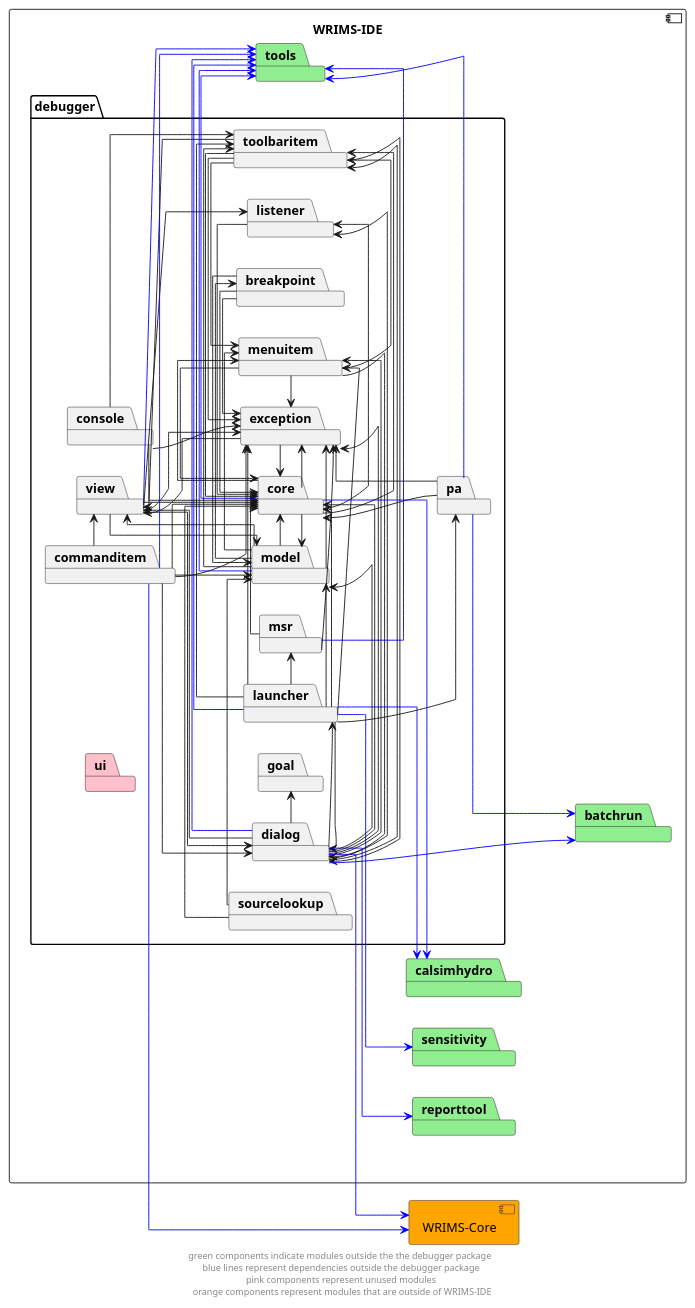
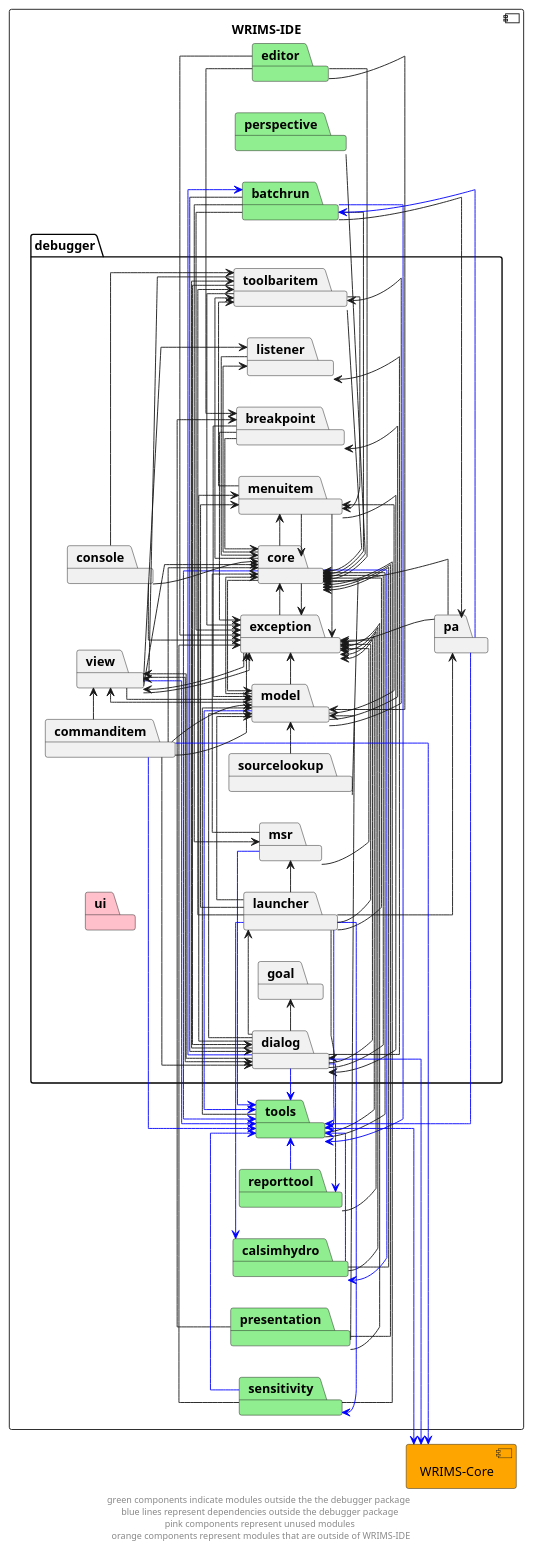
The diagram in docs/diagrams/wrims-ide/wrims-ide-debugger-interdeps.puml (CentralValleyModeling/wrims), drawn with PlantUML before and after one commit. The commit also changed 6 other files, not shown here.

Commit message:
Added diagrams for WRIMS-Core submodules, updated WRIMS-IDE diagram

```diff
--- a/docs/diagrams/wrims-ide/wrims-ide-debugger-interdeps.puml
+++ b/docs/diagrams/wrims-ide/wrims-ide-debugger-interdeps.puml
@@ -1,127 +1,165 @@
 @startuml
 left to right direction
 skinparam linetype ortho
 
 component WRIMS-IDE {
     package debugger {
         package breakpoint
         package commanditem
         package console
         package core
         package dialog
         package exception
         package goal
         package launcher
         package listener
         package menuitem
         package model
         package msr
         package pa
         package sourcelookup
         package toolbaritem
         package ui #pink
         package view
     }
     package tools #lightgreen
     package batchrun #lightgreen
     package sensitivity #lightgreen
     package calsimhydro #lightgreen
     package reporttool #lightgreen
+    package editor #lightgreen
+    package perspective #lightgreen
+    package presentation #lightgreen
 }
 component WRIMS_Core as "WRIMS-Core" #orange
 
 view -down-> tools #blue
 view -down-> core
 view -> dialog
 view -> exception
 view -> listener
 view -u-> model
+
+editor -> core
+editor -> exception
+editor -> model
+editor -> breakpoint
+
+perspective -> core
+
+batchrun -> core
+batchrun -> tools #blue
+batchrun -> exception
+batchrun -> dialog
+batchrun -> msr
+batchrun -> pa
+
+presentation -> model
+presentation -> core
+presentation -> exception
+presentation -> breakpoint
+
+reporttool -> exception
+reporttool -> tools #blue
+
+sensitivity -> exception
+sensitivity -> tools #blue
+sensitivity -> core
+
+tools -> core
+tools -> exception
+tools -> model
+tools -> WRIMS_Core #blue
+
+calsimhydro -> core
+calsimhydro -> exception
+calsimhydro -> tools #blue
 
 toolbaritem -> exception
 toolbaritem -u-> view
 toolbaritem -> core
 toolbaritem -> dialog
 toolbaritem -> menuitem
 
 sourcelookup -> model
 sourcelookup -> core
 
 pa -down-> tools #blue
 pa -down-> batchrun #blue
 pa -u-> core
 pa -> exception
 
 msr -> tools #blue
 msr -> core
 msr -> exception
 
 model -l-> tools #blue
 model -r-> core
 model -> view
 model -> breakpoint
 model -> exception
 model -> menuitem
 model -> toolbaritem
 
 menuitem -> dialog
 menuitem -> core
 menuitem -> exception
 menuitem -> toolbaritem
 
 listener -> core
 
 launcher -down-> sensitivity #blue
 launcher -down-> calsimhydro #blue
 launcher -> tools #blue
 launcher -> core
 launcher -> exception
 launcher -> dialog
 launcher -> menuitem
 launcher -> toolbaritem
 launcher -> model
 launcher -> msr
 launcher -> pa
 
 exception -> core
 exception -> view
 
 dialog -> batchrun #blue
 dialog -> tools #blue
 dialog -down-> reporttool #blue
 dialog -down-> WRIMS_Core #blue
 dialog -> core
 dialog -> exception
 dialog -> model
 dialog -> view
 dialog -> goal
 dialog -> listener
 dialog -> launcher
 dialog -> menuitem
 dialog -> toolbaritem
 
 core -> tools #blue
 core -> calsimhydro #blue
 core -> model
 core -> toolbaritem
 core -> exception
 core -> menuitem
 core -> listener
 
 console -> toolbaritem
 console --> core
 console -> exception
 
 commanditem -down-> WRIMS_Core #blue
 commanditem -> tools #blue
 commanditem -> core
 commanditem -> dialog
 commanditem -> exception
 commanditem -> model
 commanditem -> view
 
 breakpoint -> core
 breakpoint -> exception
 breakpoint -> model
 
 footer "green components indicate modules outside the the debugger package \n blue lines represent dependencies outside the debugger package \n pink components represent unused modules \n orange components represent modules that are outside of WRIMS-IDE"
 @enduml
```
